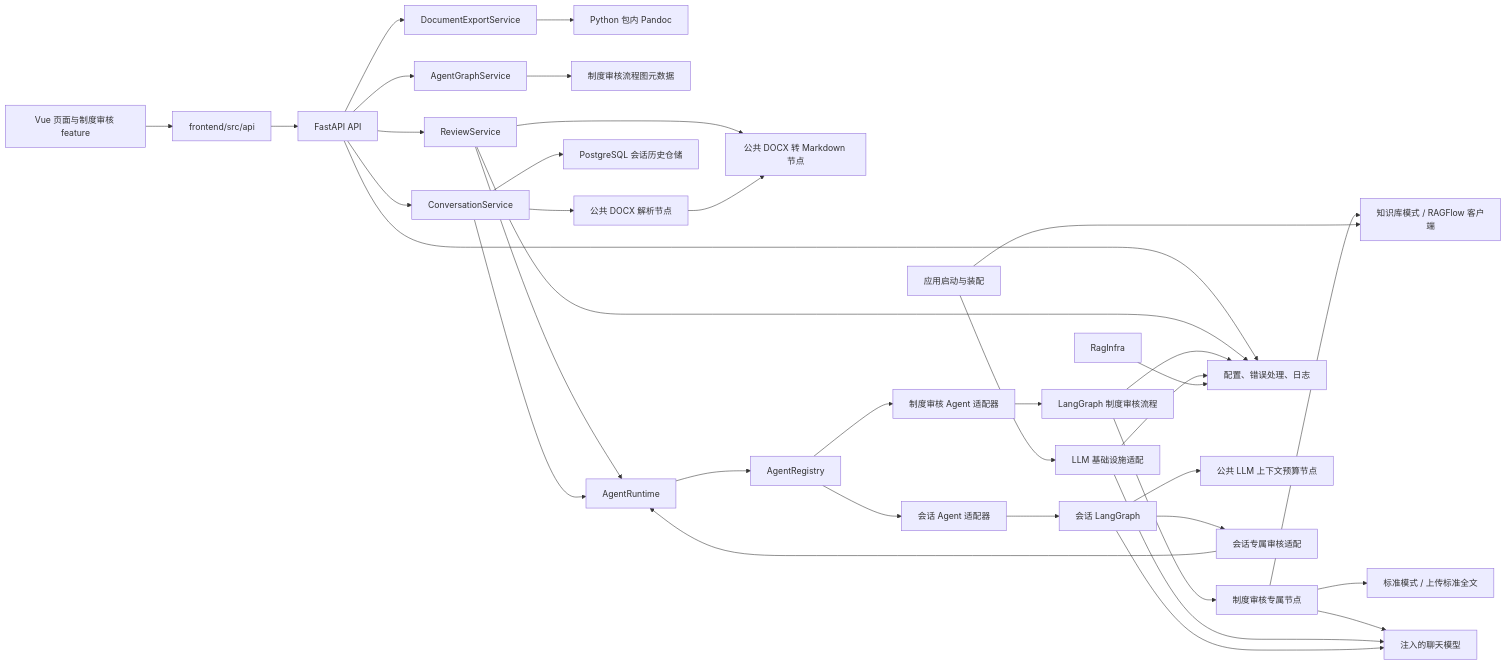
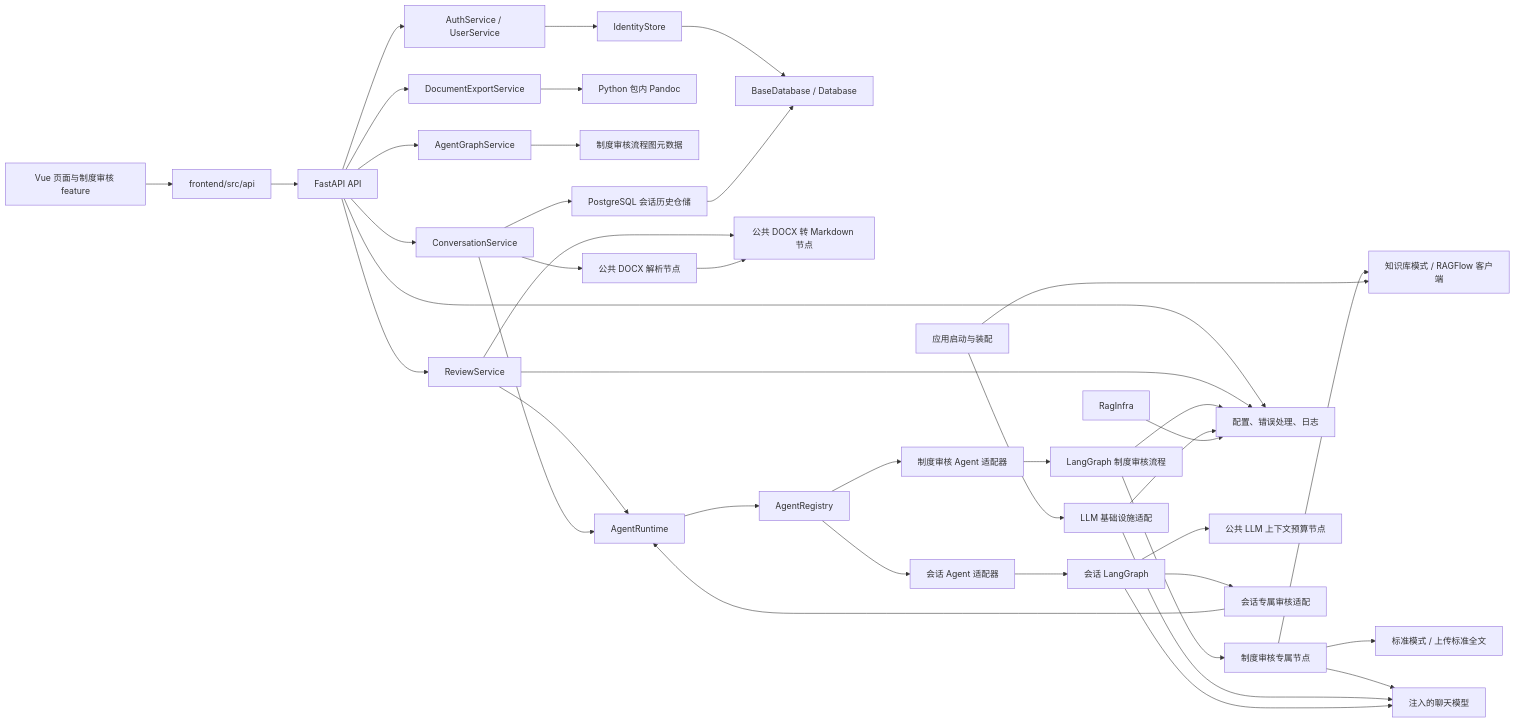
The diagram in docs/ai-coding/architecture-rules.md (LiuEhe/AgentPlatform), drawn with Mermaid before and after one commit. The commit also changed other lines of this file and 6 other files, not shown here.

````diff
--- a/docs/ai-coding/architecture-rules.md
+++ b/docs/ai-coding/architecture-rules.md
@@ -7,38 +9,42 @@
 ```mermaid
 flowchart LR
   UI[Vue 页面与制度审核 feature] --> APIClient[frontend/src/api]
   APIClient --> HTTP[FastAPI API]
+  HTTP --> Auth[AuthService / UserService]
+  Auth --> Identity[IdentityStore]
+  Identity --> Base[BaseDatabase / Database]
   HTTP --> ReviewService[ReviewService]
   HTTP --> ExportService[DocumentExportService]
   ExportService --> Pandoc[Python 包内 Pandoc]
   HTTP --> AgentGraphService[AgentGraphService]
   AgentGraphService --> GraphMetadata[制度审核流程图元数据]
   ReviewService --> DocNode[公共 DOCX 转 Markdown 节点]
   ReviewService --> Runtime[AgentRuntime]
   Runtime --> Registry[AgentRegistry]
   Registry --> Adapter[制度审核 Agent 适配器]
   Adapter --> Graph[LangGraph 制度审核流程]
   Graph --> AgentNodes[制度审核专属节点]
   AgentNodes --> RagClient[知识库模式 / RAGFlow 客户端]
   AgentNodes --> Standard[标准模式 / 上传标准全文]
   AgentNodes --> Model[注入的聊天模型]
   Main[应用启动与装配] --> LLMInfra[LLM 基础设施适配]
   LLMInfra --> Model
   Main --> RagClient
   HTTP --> Core[配置、错误处理、日志]
   HTTP --> ConversationService[ConversationService]
   ConversationService --> SessionStore[PostgreSQL 会话历史仓储]
+  SessionStore --> Base
   ConversationService --> ParseNode[公共 DOCX 解析节点]
   ParseNode --> DocNode
   ConversationService --> Runtime
   Registry --> ConversationAdapter[会话 Agent 适配器]
   ConversationAdapter --> ConversationGraph[会话 LangGraph]
   ConversationGraph --> ContextNode[公共 LLM 上下文预算节点]
   ConversationGraph --> Model
   ConversationGraph --> ReviewTool[会话专属审核适配]
   ReviewTool --> Runtime
   ReviewService --> Core
   Graph --> Core
   LLMInfra --> Core
   RagInfra --> Core
 ```
````
